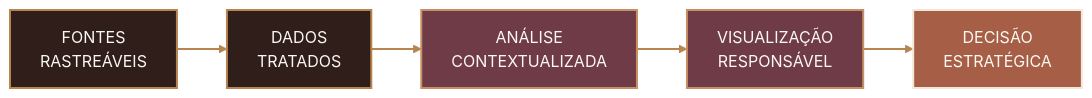
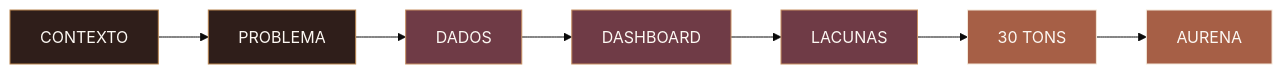
Before and after one commit to Projeto-L-Oreal-Paris/Avanco-da-industria-da-maquiagem: the fifth of 5 diagrams in README.md, drawn with Mermaid (base theme). The commit also changed other lines of this file, not shown here.

Commit message:
feat: finalize AURENA website with Power BI integration and final adjustments"

````diff
--- a/README.md
+++ b/README.md
@@ -2392,17 +347,17 @@
 ```mermaid
 flowchart LR
-    A["FONTES <br/> RASTREÁVEIS"] --> B["DADOS <br/> TRATADOS"]
-    B --> C["ANÁLISE <br/> CONTEXTUALIZADA"]
-    C --> D["VISUALIZAÇÃO <br/> RESPONSÁVEL"]
-    D --> E["DECISÃO <br/> ESTRATÉGICA"]
+    A["CONTEXTO"] --> B["PROBLEMA"]
+    B --> C["DADOS"]
+    C --> D["DASHBOARD"]
+    D --> E["LACUNAS"]
+    E --> F["30 TONS"]
+    F --> G["AURENA"]
 
-    classDef origem fill:#2F1E1A,stroke:#B8844F,color:#FCF8F3,stroke-width:2px;
-    classDef analise fill:#6F3B46,stroke:#C78F62,color:#FCF8F3,stroke-width:2px;
-    classDef entrega fill:#A65F46,stroke:#F3E7D8,color:#FCF8F3,stroke-width:2px;
+    classDef base fill:#2F1E1A,stroke:#B8844F,color:#FCF8F3;
+    classDef meio fill:#6F3B46,stroke:#C78F62,color:#FCF8F3;
+    classDef fim fill:#A65F46,stroke:#F3E7D8,color:#FCF8F3;
 
-    class A,B origem;
-    class C,D analise;
-    class E entrega;
-
-    linkStyle default stroke:#B8844F,stroke-width:2px;
+    class A,B base;
+    class C,D,E meio;
+    class F,G fim;
 ```
````
